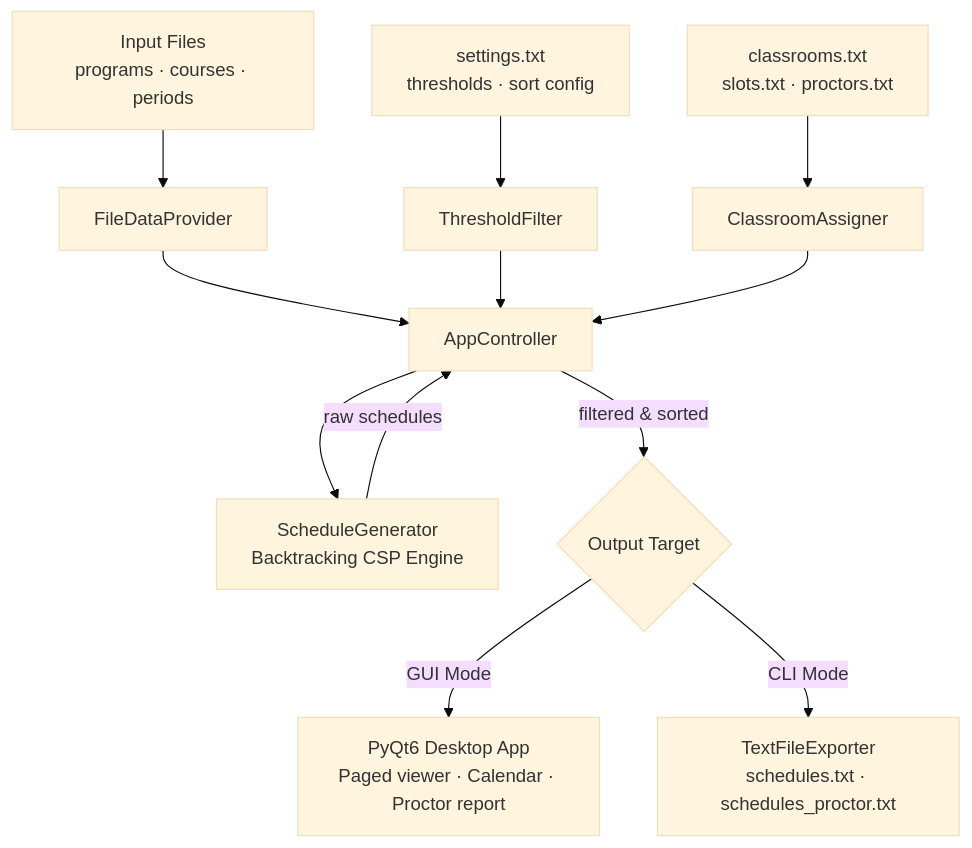
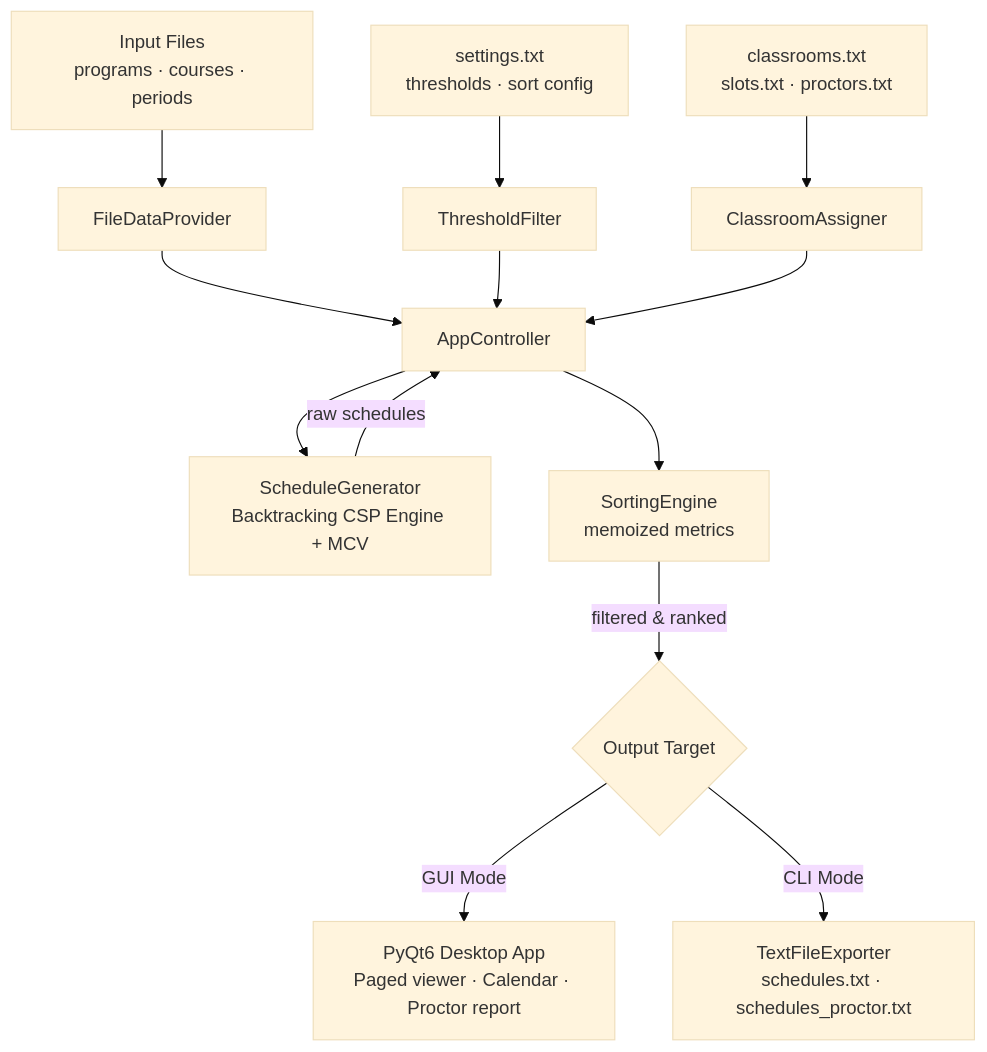
Before and after one commit to ron-ladin/examSchedule: the diagram in README.md, drawn with Mermaid (base theme). The commit also changed other lines of this file and 13 other files, not shown here.

Commit message:
docs: formalize and document bounded lazy sampling architecture to prevent OOM on extreme UI loads

````diff
--- a/README.md
+++ b/README.md
@@ -41,18 +70,18 @@
 ```mermaid
 graph TD
     A[Input Files<br/>programs · courses · periods] --> B[FileDataProvider]
     S[settings.txt<br/>thresholds · sort config] --> TF[ThresholdFilter]
-    C[classrooms.txt<br/>slots.txt · proctors.txt] --> CA[ClassroomAssigner]
+    R[classrooms.txt<br/>slots.txt · proctors.txt] --> CA[ClassroomAssigner]
 
     B --> AC[AppController]
     TF --> AC
     CA --> AC
 
-    AC --> SG[ScheduleGenerator<br/>Backtracking CSP Engine]
+    AC --> SG[ScheduleGenerator<br/>Backtracking CSP Engine + MCV]
     SG -->|raw schedules| AC
-    AC -->|filtered & sorted| EX
+    AC --> SE[SortingEngine<br/>memoized metrics]
+    SE -->|filtered & ranked| EX{Output Target}
 
-    EX{Output Target}
     EX -->|GUI Mode| UI[PyQt6 Desktop App<br/>Paged viewer · Calendar · Proctor report]
     EX -->|CLI Mode| TX[TextFileExporter<br/>schedules.txt · schedules_proctor.txt]
 ```
````
